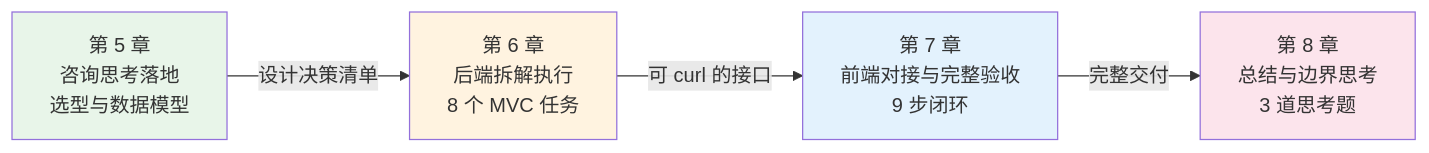
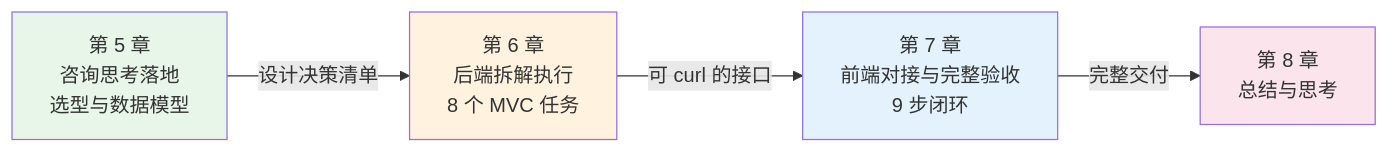
The third of 4 diagrams in _posts/2026-07-01-aicent-13-fea-model-provider-mgr.md (fangkun119/tech-page), drawn with Mermaid before and after one commit. The commit also changed other lines of this file and 1082 other files, not shown here.

````diff
--- a/_posts/2026-07-01-aicent-13-fea-model-provider-mgr.md
+++ b/_posts/2026-07-01-aicent-13-fea-model-provider-mgr.md
@@ -721,11 +721,11 @@
 ```mermaid
 graph LR
     A[第 5 章<br/>咨询思考落地<br/>选型与数据模型] -->|设计决策清单| B[第 6 章<br/>后端拆解执行<br/>8 个 MVC 任务]
     B -->|可 curl 的接口| C[第 7 章<br/>前端对接与完整验收<br/>9 步闭环]
-    C -->|完整交付| D[第 8 章<br/>总结与边界思考<br/>3 道思考题]
+    C -->|完整交付| D[第 8 章<br/>总结与思考]
 
     style A fill:#e8f5e9
     style B fill:#fff3e0
     style C fill:#e3f2fd
     style D fill:#fce4ec
 ```
````
